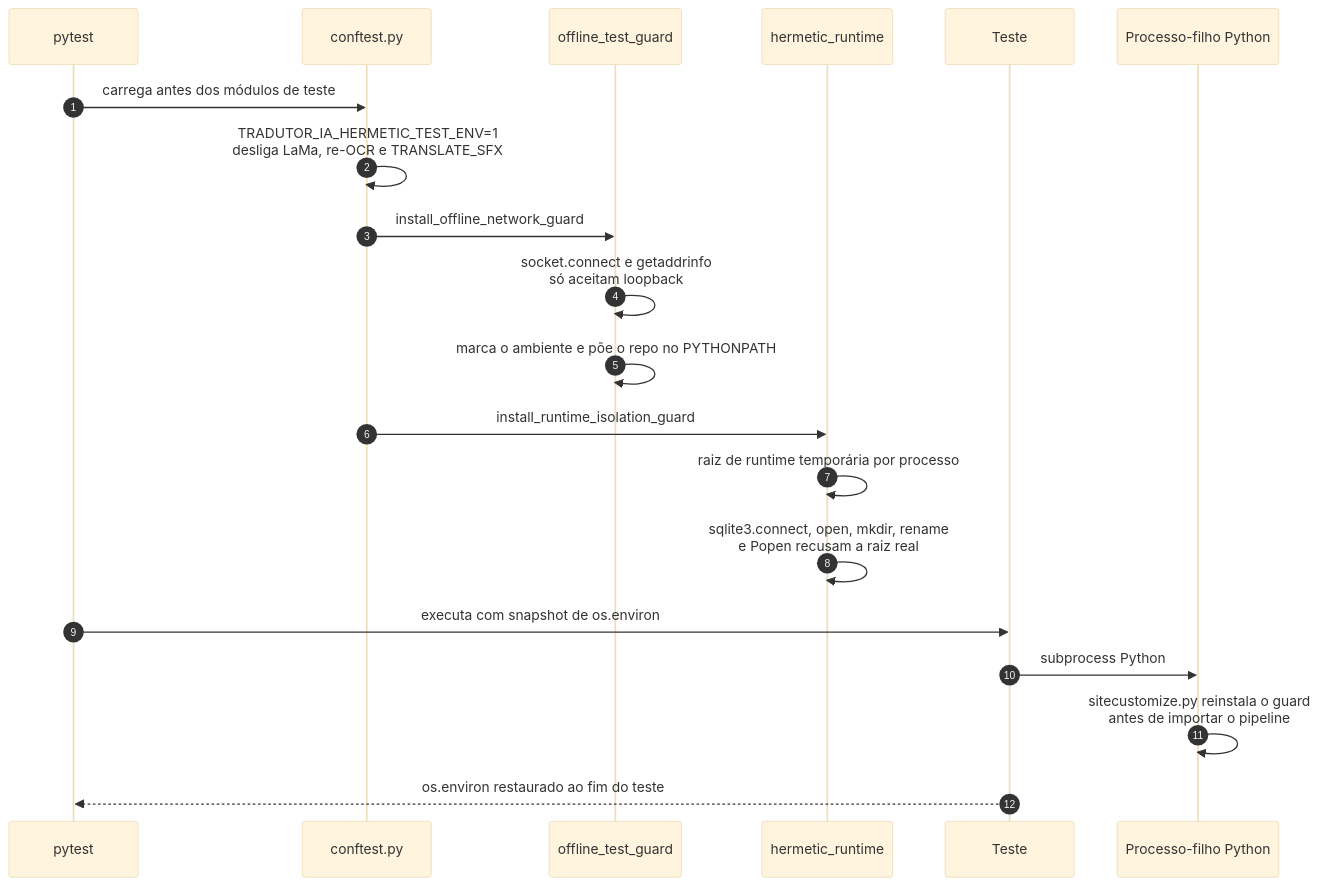
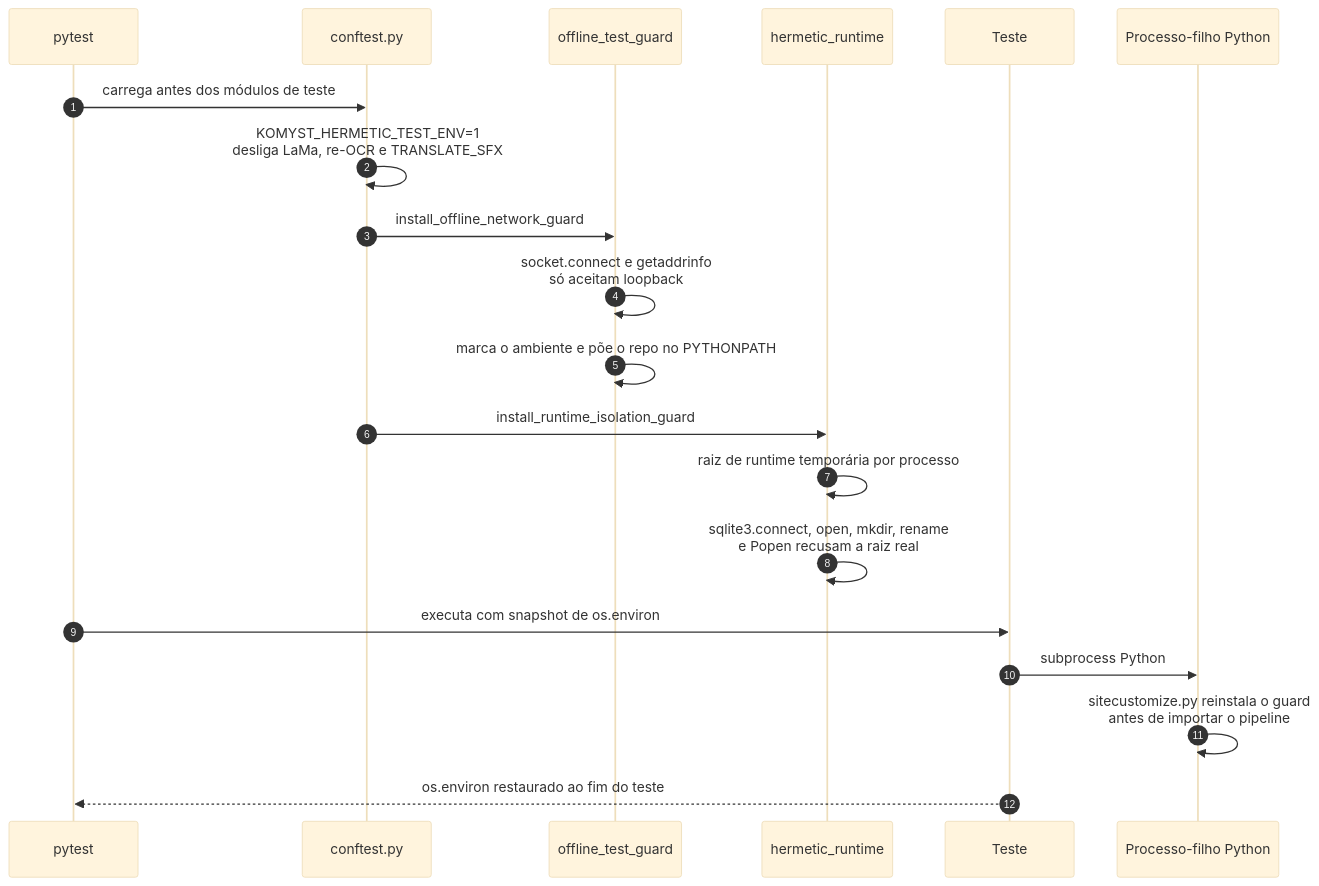
One commit to HenriquePvAr/Yomu-Sekai changed the diagram in docs/TESTING.md. Above: the diagram before and after it, drawn with Mermaid (base theme). The commit also changed other lines of this file and 49 other files, not shown here.

````diff
--- a/docs/TESTING.md
+++ b/docs/TESTING.md
@@ -33,22 +34,22 @@
 ```mermaid
 sequenceDiagram
     autonumber
     participant PY as pytest
     participant CF as conftest.py
     participant OG as offline_test_guard
     participant HR as hermetic_runtime
     participant T as Teste
     participant CH as Processo-filho Python
     PY->>CF: carrega antes dos módulos de teste
-    CF->>CF: TRADUTOR_IA_HERMETIC_TEST_ENV=1<br/>desliga LaMa, re-OCR e TRANSLATE_SFX
+    CF->>CF: KOMYST_HERMETIC_TEST_ENV=1<br/>desliga LaMa, re-OCR e TRANSLATE_SFX
     CF->>OG: install_offline_network_guard
     OG->>OG: socket.connect e getaddrinfo<br/>só aceitam loopback
     OG->>OG: marca o ambiente e põe o repo no PYTHONPATH
     CF->>HR: install_runtime_isolation_guard
     HR->>HR: raiz de runtime temporária por processo
     HR->>HR: sqlite3.connect, open, mkdir, rename<br/>e Popen recusam a raiz real
     PY->>T: executa com snapshot de os.environ
     T->>CH: subprocess Python
     CH->>CH: sitecustomize.py reinstala o guard<br/>antes de importar o pipeline
     T-->>PY: os.environ restaurado ao fim do teste
 ```
````
